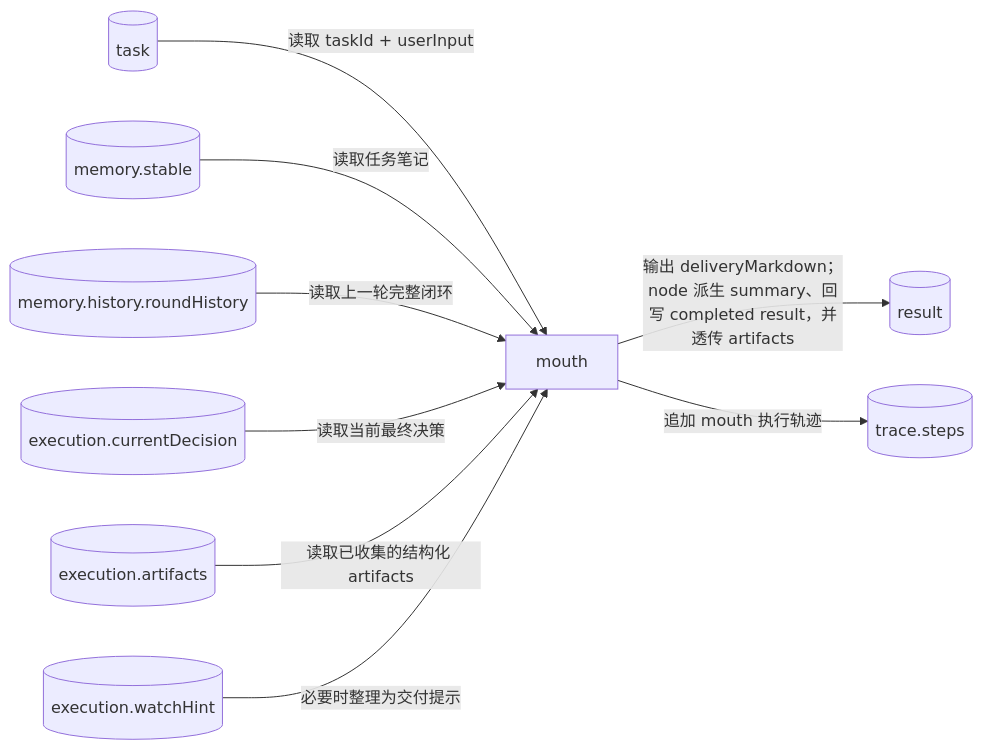
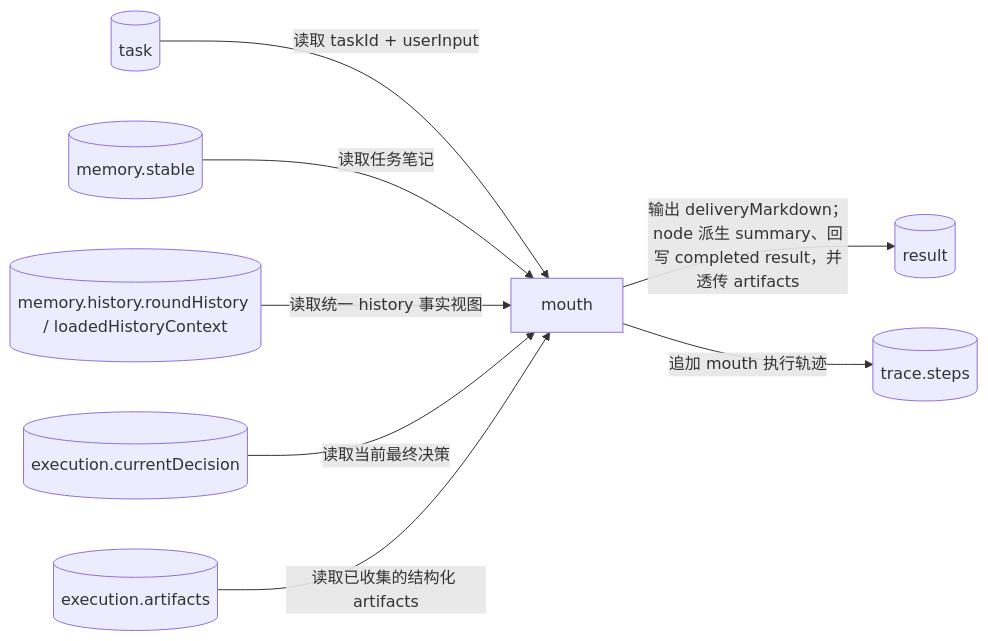
Before and after one commit to Yoan98/Ncurator: the fifth of 5 diagrams in doc/ai-design/data-definition-and-flow.md, drawn with Mermaid. The commit also changed other lines of this file and 20 other files, not shown here.

````diff
--- a/doc/ai-design/data-definition-and-flow.md
+++ b/doc/ai-design/data-definition-and-flow.md
@@ -1099,21 +1099,19 @@
 ```mermaid
 flowchart LR
     T[("task")]
     SM[("memory.stable")]
-    PM[("memory.history.roundHistory")]
+    PM[("memory.history.roundHistory / loadedHistoryContext")]
     CD[("execution.currentDecision")]
     A[("execution.artifacts")]
-    WH[("execution.watchHint")]
     M["mouth"]
     R[("result")]
     TR[("trace.steps")]
 
     T -->|读取 taskId + userInput| M
     SM -->|读取任务笔记| M
-    PM -->|读取上一轮完整闭环| M
+    PM -->|读取统一 history 事实视图| M
     CD -->|读取当前最终决策| M
     A -->|读取已收集的结构化 artifacts| M
-    WH -->|必要时整理为交付提示| M
     M -->|输出 deliveryMarkdown；node 派生 summary、回写 completed result，并透传 artifacts| R
     M -->|追加 mouth 执行轨迹| TR
 ```
````
